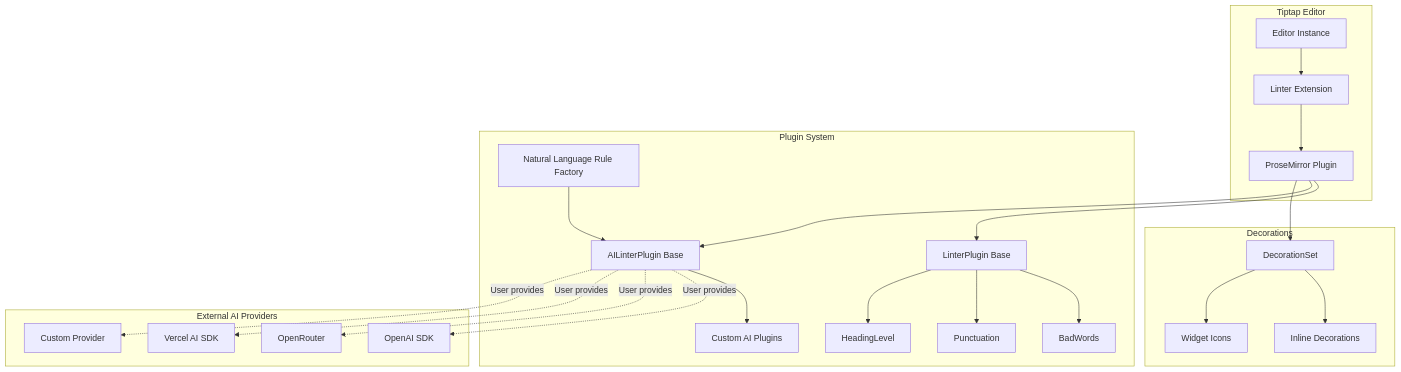
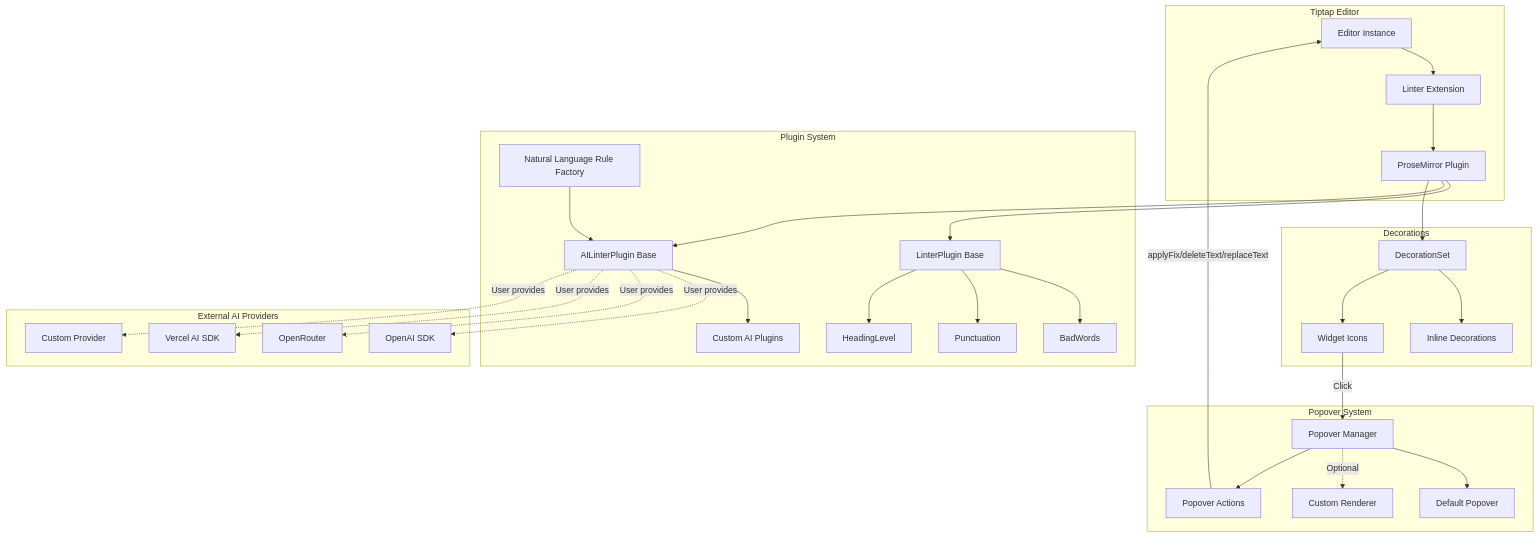
One commit to Saluana/or3-text-linter changed the first of 3 diagrams in .kiro/specs/tiptap-linter/design.md. Above: the diagram before and after it, drawn with Mermaid. The commit also changed other lines of this file and 14 other files, not shown here.

````diff
--- a/.kiro/specs/tiptap-linter/design.md
+++ b/.kiro/specs/tiptap-linter/design.md
@@ -23,46 +23,58 @@
 ```mermaid
 graph TB
     subgraph "Tiptap Editor"
         Editor[Editor Instance]
         Linter[Linter Extension]
         PM[ProseMirror Plugin]
     end
 
     subgraph "Plugin System"
         LP[LinterPlugin Base]
         ALP[AILinterPlugin Base]
         NLR[Natural Language Rule Factory]
 
         LP --> BadWords
         LP --> Punctuation
         LP --> HeadingLevel
         ALP --> CustomAI[Custom AI Plugins]
         NLR --> ALP
     end
 
     subgraph "Decorations"
         DS[DecorationSet]
         Inline[Inline Decorations]
         Widget[Widget Icons]
     end
 
+    subgraph "Popover System"
+        PopMgr[Popover Manager]
+        DefPop[Default Popover]
+        CustPop[Custom Renderer]
+        Actions[Popover Actions]
+    end
+
     subgraph "External AI Providers"
         OpenAI[OpenAI SDK]
         OpenRouter[OpenRouter]
         Vercel[Vercel AI SDK]
         Custom[Custom Provider]
     end
 
     Editor --> Linter
     Linter --> PM
     PM --> LP
     PM --> ALP
     PM --> DS
     DS --> Inline
     DS --> Widget
+    Widget -->|"Click"| PopMgr
+    PopMgr --> DefPop
+    PopMgr -.->|"Optional"| CustPop
+    PopMgr --> Actions
+    Actions -->|"applyFix/deleteText/replaceText"| Editor
 
     ALP -.->|"User provides"| OpenAI
     ALP -.->|"User provides"| OpenRouter
     ALP -.->|"User provides"| Vercel
     ALP -.->|"User provides"| Custom
 ```
````
